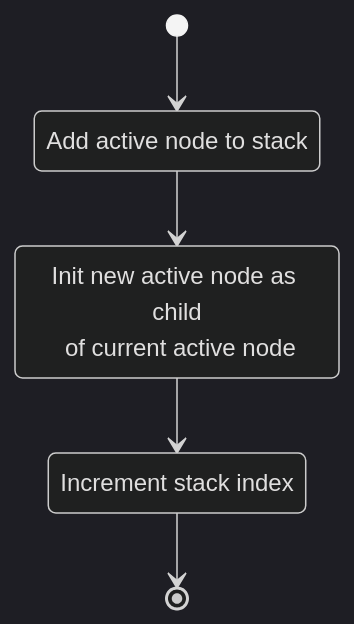
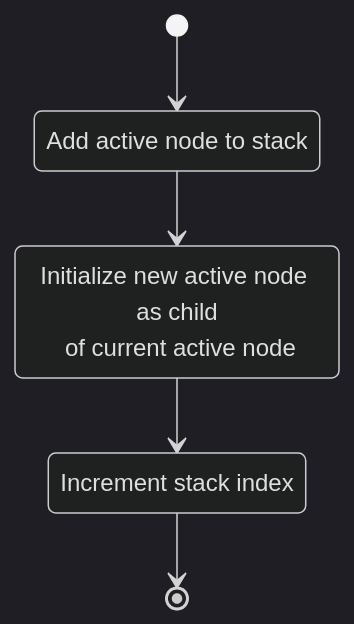
The fifth of 8 diagrams in sections/software/documentation/notations/arborescent_planar_tangle_tree.md (Joecstarr/thesis), drawn with Mermaid (dark theme) before and after one commit. The commit also changed other lines of this file and 17 other files, not shown here.

Commit message:
Improve: Adds decorators for class diagrams. Adds two computations for arborescent generation.

````diff
--- a/sections/software/documentation/notations/arborescent_planar_tangle_tree.md
+++ b/sections/software/documentation/notations/arborescent_planar_tangle_tree.md
@@ -270,10 +274,10 @@
 ```mermaid
 stateDiagram-v2
-    state "Init new active node as child</br> of current active node" as child
+    state "Initialize new active node as child</br> of current active node" as child
     state "Add active node to stack" as st
     state "Increment stack index" as isi
     [*] --> st
     st --> child
     child --> isi
     isi --> [*]
 ```
````
